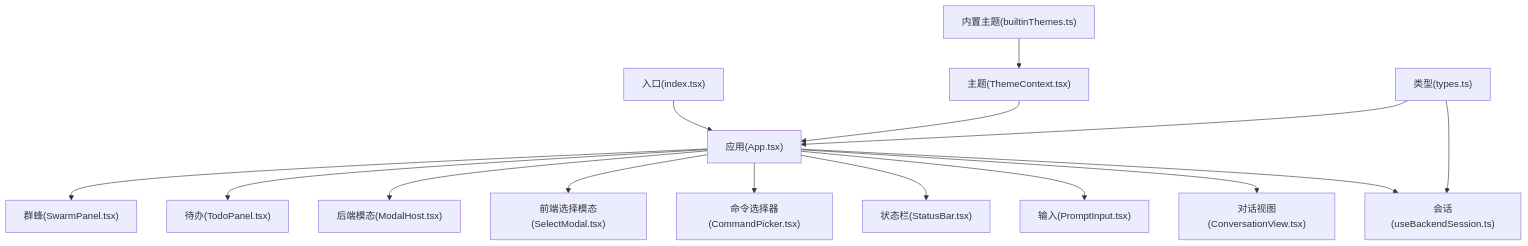
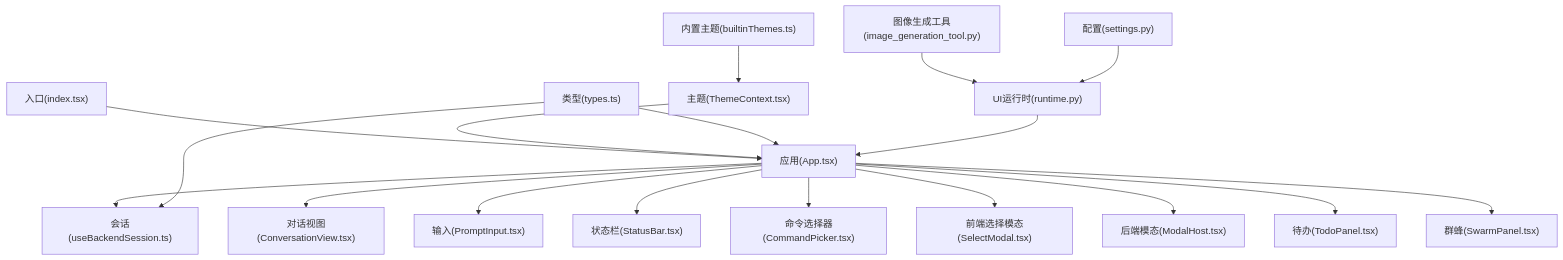
One commit to tea4go/OpenHarness changed the first of 7 diagrams in .qoder/repowiki/zh/content/用户界面/用户界面.md. Above: the diagram before and after it, drawn with Mermaid. The commit also changed other lines of this file and 4 other files, not shown here.

First line of the commit message:
docs(ui): 增强UI运行时与图像生成工具支持

````diff
--- a/.qoder/repowiki/zh/content/用户界面/用户界面.md
+++ b/.qoder/repowiki/zh/content/用户界面/用户界面.md
@@ -49,17 +54,20 @@
 ```mermaid
 graph TB
 A["入口(index.tsx)"] --> B["应用(App.tsx)"]
 B --> C["会话(useBackendSession.ts)"]
 B --> D["对话视图(ConversationView.tsx)"]
 B --> E["输入(PromptInput.tsx)"]
 B --> F["状态栏(StatusBar.tsx)"]
 B --> G["命令选择器(CommandPicker.tsx)"]
 B --> H["前端选择模态(SelectModal.tsx)"]
 B --> I["后端模态(ModalHost.tsx)"]
 B --> J["待办(TodoPanel.tsx)"]
 B --> K["群蜂(SwarmPanel.tsx)"]
 L["主题(ThemeContext.tsx)"] --> B
 M["内置主题(builtinThemes.ts)"] --> L
 N["类型(types.ts)"] --> B
 N --> C
+O["UI运行时(runtime.py)"] --> B
+P["图像生成工具(image_generation_tool.py)"] --> O
+Q["配置(settings.py)"] --> O
 ```
````
